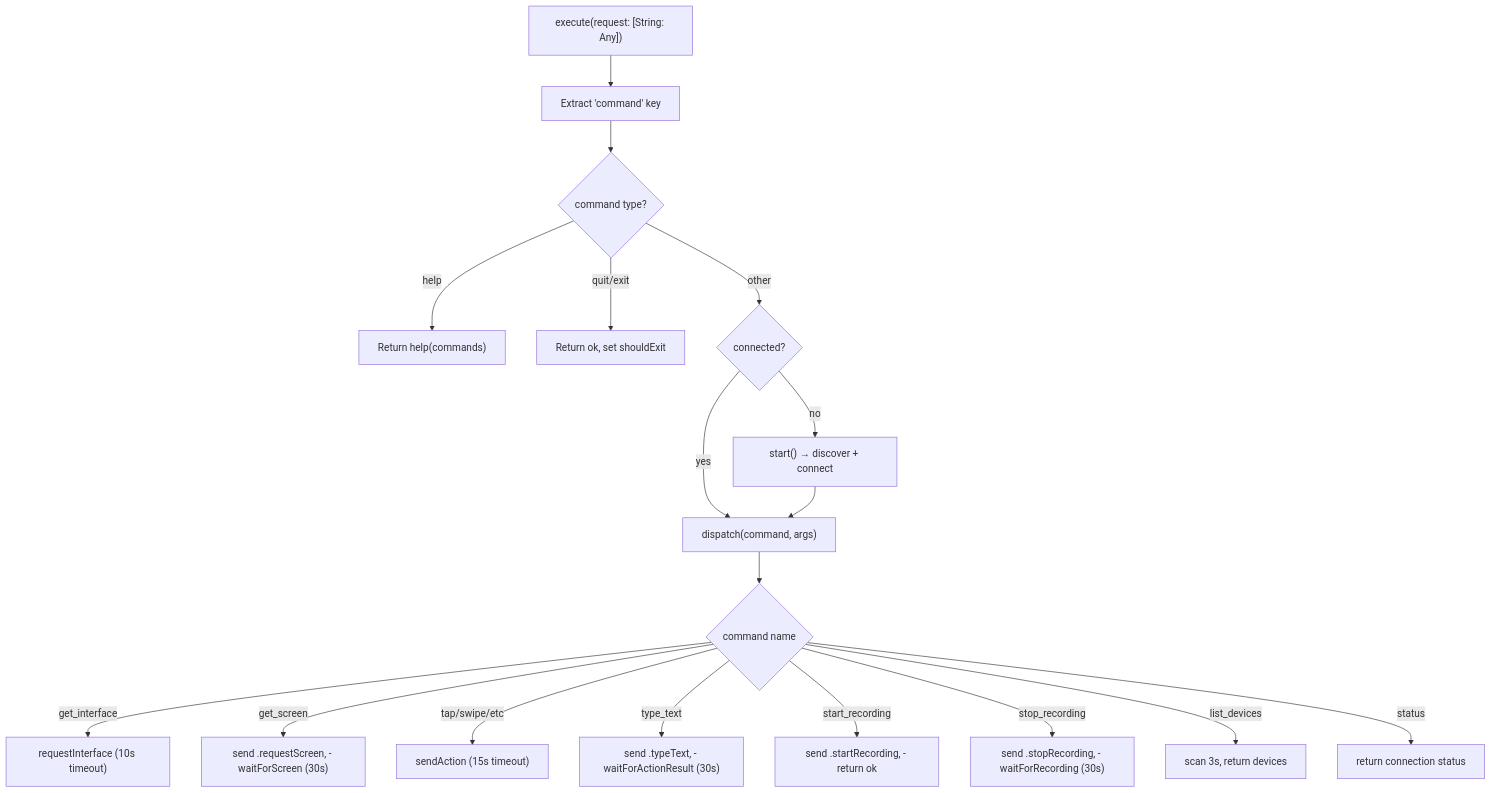
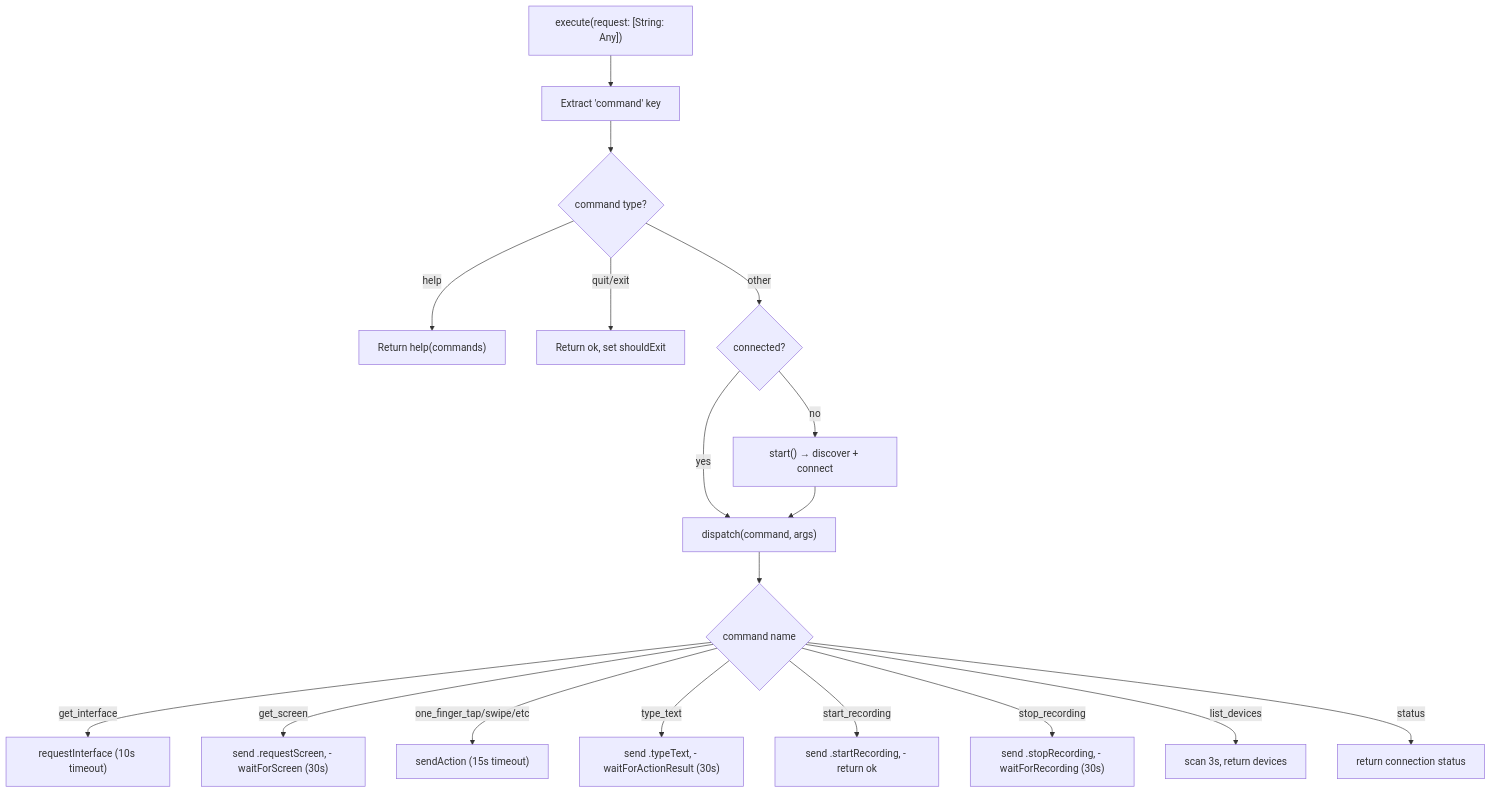
The second of 3 diagrams in docs/dossiers/10-THEFENCE.md (RoyalPineapple/TheButtonHeist), drawn with Mermaid before and after one commit. The commit also changed other lines of this file and 5 other files, not shown here.

First line of the commit message:
Fix stale test assertion and update docs for tap→one_finger_tap rename and scroll tools

````diff
--- a/docs/dossiers/10-THEFENCE.md
+++ b/docs/dossiers/10-THEFENCE.md
@@ -59,26 +59,26 @@
 ```mermaid
 flowchart TD
     Request["execute(request: [String: Any])"]
     Request --> ExtractCmd["Extract 'command' key"]
     ExtractCmd --> MetaCmd{command type?}
 
     MetaCmd -->|help| ReturnHelp["Return help(commands)"]
     MetaCmd -->|quit/exit| ReturnOk["Return ok, set shouldExit"]
     MetaCmd -->|other| CheckConn{connected?}
 
     CheckConn -->|no| Start["start() → discover + connect"]
     CheckConn -->|yes| DispatchCmd
 
     Start --> DispatchCmd["dispatch(command, args)"]
 
     DispatchCmd --> Route{command name}
 
     Route -->|get_interface| ReqIF["requestInterface (10s timeout)"]
     Route -->|get_screen| ReqScreen["send .requestScreen, - waitForScreen (30s)"]
-    Route -->|tap/swipe/etc| SendAction["sendAction (15s timeout)"]
+    Route -->|one_finger_tap/swipe/etc| SendAction["sendAction (15s timeout)"]
     Route -->|type_text| TypeText["send .typeText, - waitForActionResult (30s)"]
     Route -->|start_recording| StartRec["send .startRecording, - return ok"]
     Route -->|stop_recording| StopRec["send .stopRecording, - waitForRecording (30s)"]
     Route -->|list_devices| ListDev["scan 3s, return devices"]
     Route -->|status| ReturnStatus["return connection status"]
 ```
````
